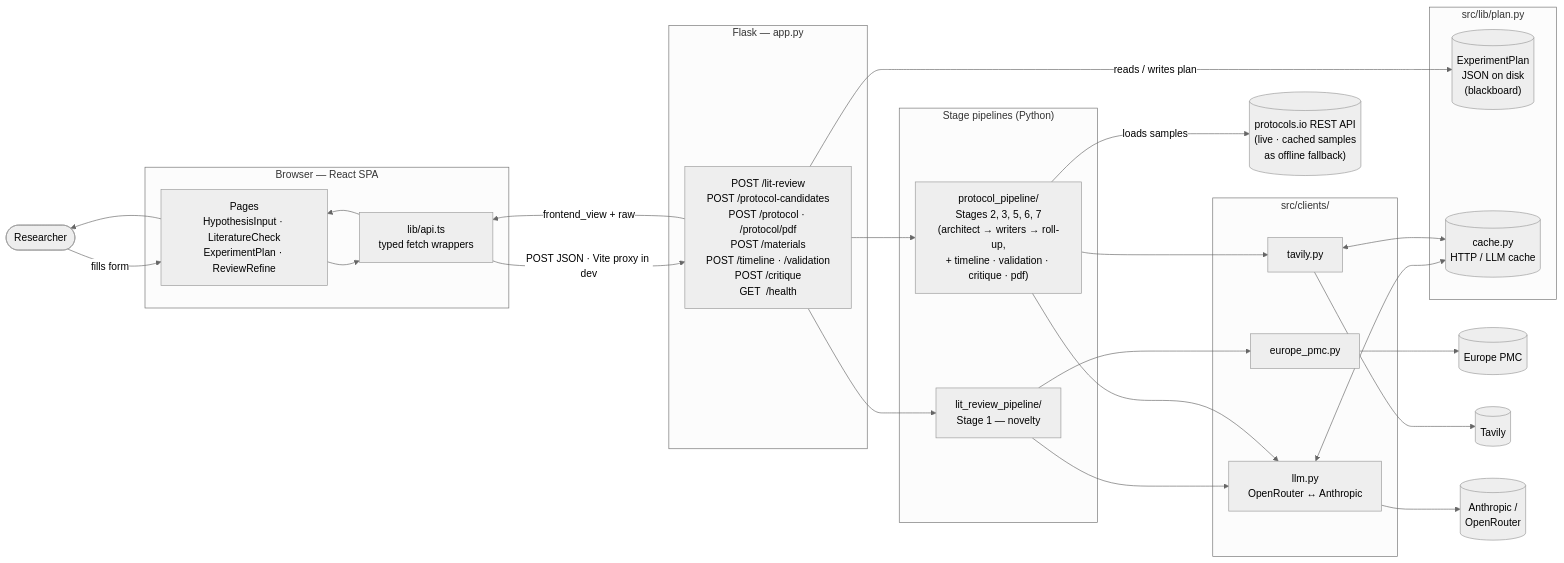
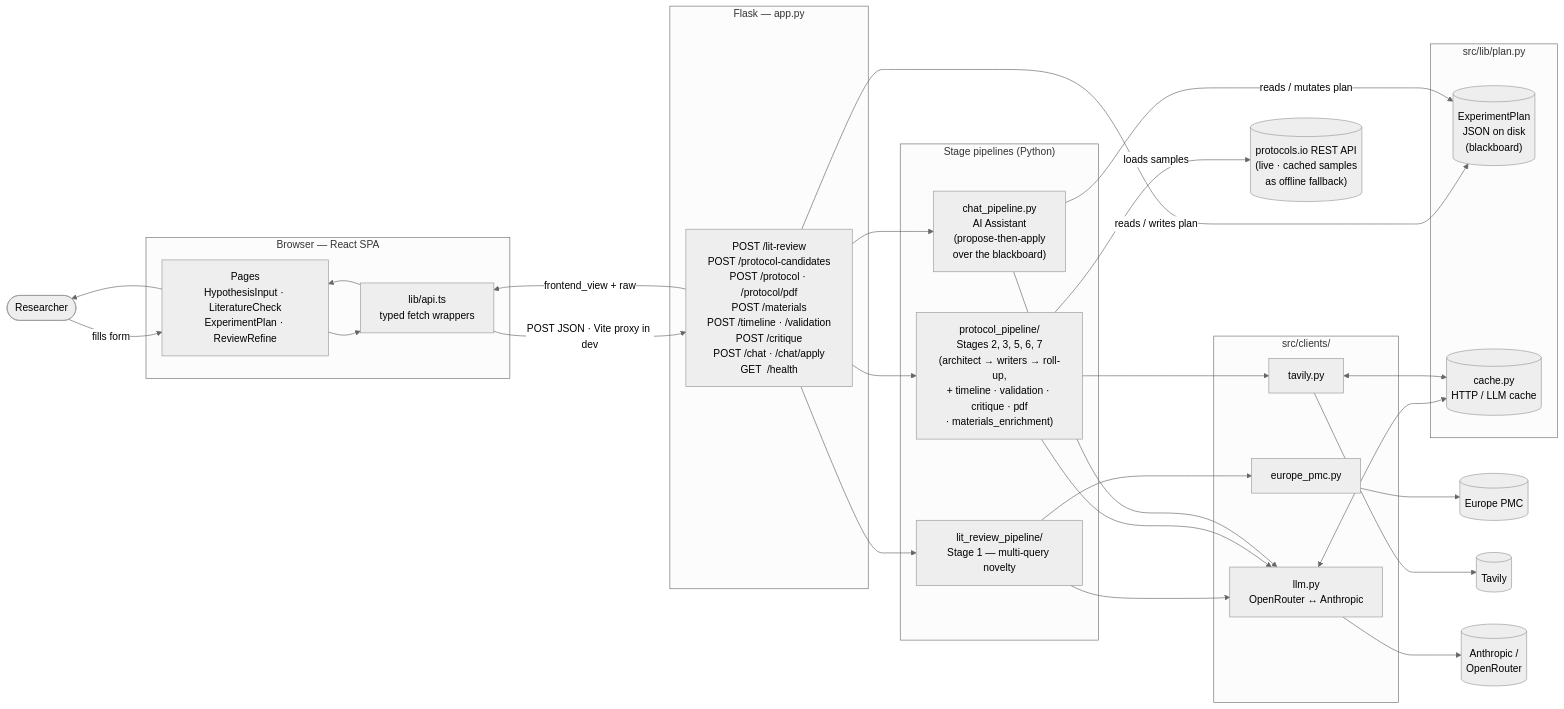
The diagram in technical_details.md (aliiarustamova/AI_Scientist_Assistant), drawn with Mermaid (neutral theme) before and after one commit. The commit also changed other lines of this file and 4 other files, not shown here.

````diff
--- a/technical_details.md
+++ b/technical_details.md
@@ -7,59 +7,65 @@
 ```mermaid
 flowchart LR
     User([Researcher])
 
     subgraph Browser["Browser — React SPA"]
         Pages["Pages<br/>HypothesisInput · LiteratureCheck<br/>ExperimentPlan · ReviewRefine"]
         ApiClient["lib/api.ts<br/>typed fetch wrappers"]
     end
 
     subgraph Server["Flask — app.py"]
-        Endpoints["POST /lit-review<br/>POST /protocol-candidates<br/>POST /protocol · /protocol/pdf<br/>POST /materials<br/>POST /timeline · /validation<br/>POST /critique<br/>GET  /health"]
+        Endpoints["POST /lit-review<br/>POST /protocol-candidates<br/>POST /protocol · /protocol/pdf<br/>POST /materials<br/>POST /timeline · /validation<br/>POST /critique<br/>POST /chat · /chat/apply<br/>GET  /health"]
     end
 
     subgraph Pipelines["Stage pipelines (Python)"]
-        S1["lit_review_pipeline/<br/>Stage 1 — novelty"]
-        S2["protocol_pipeline/<br/>Stages 2, 3, 5, 6, 7<br/>(architect → writers → roll-up,<br/>+ timeline · validation · critique · pdf)"]
+        S1["lit_review_pipeline/<br/>Stage 1 — multi-query novelty"]
+        S2["protocol_pipeline/<br/>Stages 2, 3, 5, 6, 7<br/>(architect → writers → roll-up,<br/>+ timeline · validation · critique · pdf<br/>· materials_enrichment)"]
+        SChat["chat_pipeline.py<br/>AI Assistant<br/>(propose-then-apply<br/>over the blackboard)"]
     end
 
     subgraph Clients["src/clients/"]
         LLM["llm.py<br/>OpenRouter ↔ Anthropic"]
         EPMC["europe_pmc.py"]
         Tavily["tavily.py"]
     end
 
     subgraph Store["src/lib/plan.py"]
         Plan[("ExperimentPlan<br/>JSON on disk<br/>(blackboard)")]
         Cache[("cache.py<br/>HTTP / LLM cache")]
     end
 
     External1[("Europe PMC")]
     External2[("protocols.io REST API<br/>(live · cached samples<br/>as offline fallback)")]
     External3[("Tavily")]
     External4[("Anthropic /<br/>OpenRouter")]
 
     User -->|fills form| Pages
     Pages --> ApiClient
     ApiClient -->|POST JSON · Vite proxy in dev| Endpoints
 
     Endpoints -->|reads / writes plan| Plan
     Endpoints --> S1
     Endpoints --> S2
+    Endpoints --> SChat
 
     S1 --> LLM
     S1 --> EPMC
     EPMC --> External1
 
     S2 --> LLM
     S2 -->|loads samples| External2
     S2 --> Tavily
     Tavily --> External3
+
+    SChat -->|reads / mutates plan| Plan
+    SChat --> LLM
+
     LLM --> External4
 
     LLM <--> Cache
     Tavily <--> Cache
 
     Endpoints -->|frontend_view + raw| ApiClient
     ApiClient --> Pages
     Pages --> User
 ```
````
